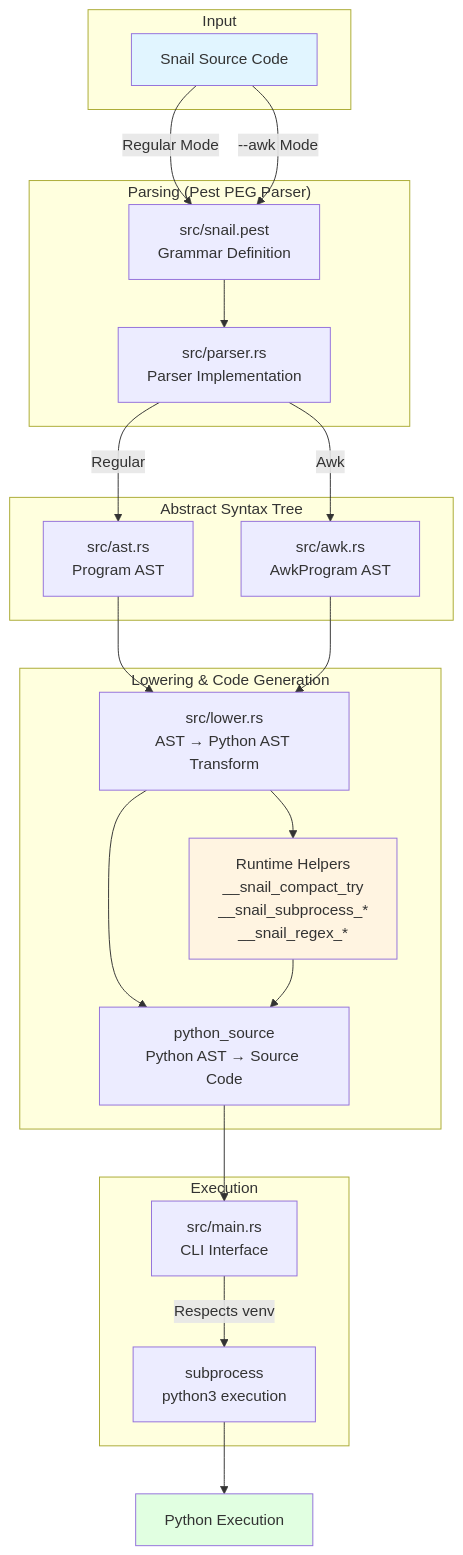
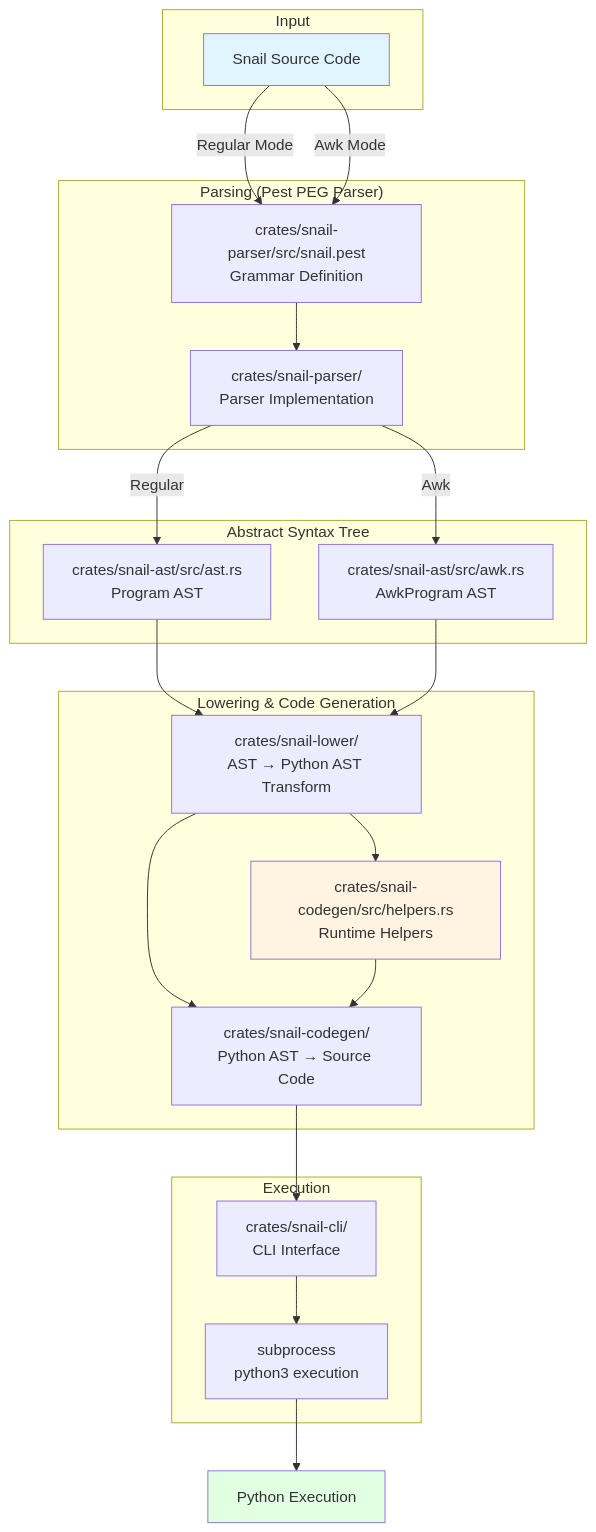
The diagram in README.md (sudonym1/snail), drawn with Mermaid before and after one commit.

Commit message:
cleanup the mermaid diagram

````diff
--- a/README.md
+++ b/README.md
@@ -158,45 +158,45 @@
 ```mermaid
 flowchart TB
     subgraph Input
         A[Snail Source Code]
     end
 
     subgraph Parsing["Parsing (Pest PEG Parser)"]
-        B1[src/snail.pest<br/>Grammar Definition]
-        B2[src/parser.rs<br/>Parser Implementation]
+        B1[crates/snail-parser/src/snail.pest<br/>Grammar Definition]
+        B2[crates/snail-parser/<br/>Parser Implementation]
     end
 
     subgraph AST["Abstract Syntax Tree"]
-        C1[src/ast.rs<br/>Program AST]
-        C2[src/awk.rs<br/>AwkProgram AST]
+        C1[crates/snail-ast/src/ast.rs<br/>Program AST]
+        C2[crates/snail-ast/src/awk.rs<br/>AwkProgram AST]
     end
 
     subgraph Lowering["Lowering & Code Generation"]
-        D1[src/lower.rs<br/>AST → Python AST Transform]
-        D2[Runtime Helpers<br/>__snail_compact_try<br/>__snail_subprocess_*<br/>__snail_regex_*]
-        D3[python_source<br/>Python AST → Source Code]
+        D1[crates/snail-lower/<br/>AST → Python AST Transform]
+        D2[crates/snail-codegen/src/helpers.rs<br/>Runtime Helpers]
+        D3[crates/snail-codegen/<br/>Python AST → Source Code]
     end
 
     subgraph Execution
-        E1[src/main.rs<br/>CLI Interface]
+        E1[crates/snail-cli/<br/>CLI Interface]
         E2[subprocess<br/>python3 execution]
     end
 
     A -->|Regular Mode| B1
-    A -->|--awk Mode| B1
+    A -->|Awk Mode| B1
     B1 --> B2
     B2 -->|Regular| C1
     B2 -->|Awk| C2
     C1 --> D1
     C2 --> D1
     D1 --> D2
     D1 --> D3
     D2 --> D3
     D3 --> E1
-    E1 -->|Respects venv| E2
+    E1 --> E2
     E2 --> F[Python Execution]
 
     style A fill:#e1f5ff
     style F fill:#e1ffe1
     style D2 fill:#fff4e1
 ```
````
